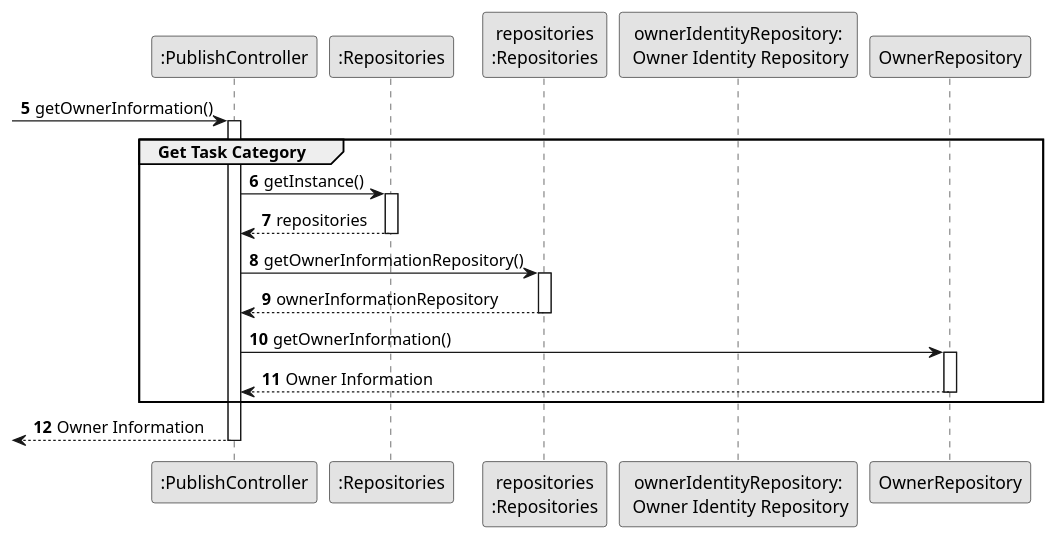
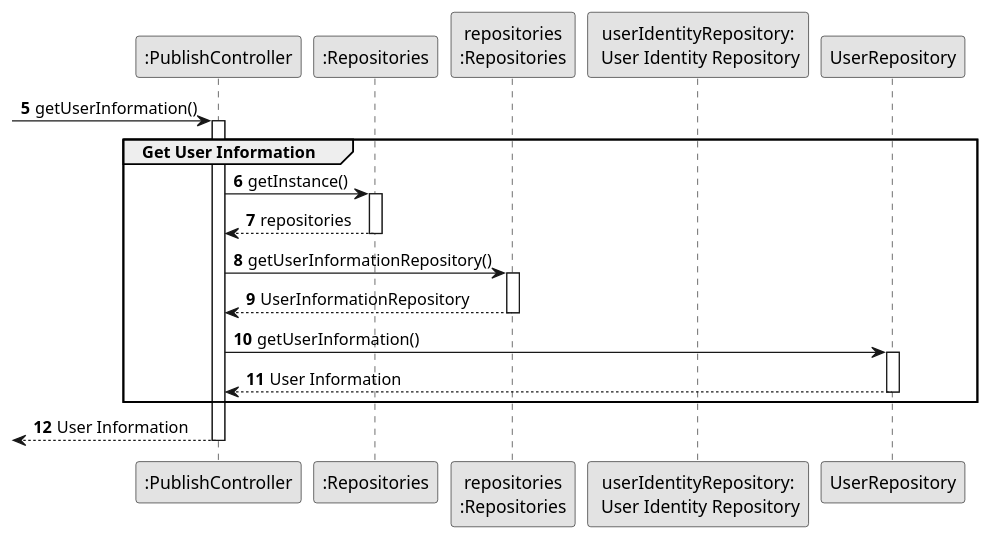
One commit to PureNimble/ISEP-LAPR2 changed the diagram in docs/sprintB/US02/03.design/puml/us02-sequence-diagram-partial-get-ownerInformation.puml. Above: the diagram before and after it, drawn with PlantUML. The commit also changed 13 other files, not shown here.

Commit message:
Partial sequence diagrams US002 (update with svg)

```diff
--- a/docs/sprintB/US02/03.design/puml/us02-sequence-diagram-partial-get-ownerInformation.puml
+++ b/docs/sprintB/US02/03.design/puml/us02-sequence-diagram-partial-get-ownerInformation.puml
@@ -1,47 +1,47 @@
 @startuml
 skinparam monochrome true
 skinparam packageStyle rectangle
 skinparam shadowing false
 
 
 
 'hide footbox
 
 participant ":PublishController" as CTRL
 participant ":Repositories" as Repository
 participant "repositories\n:Repositories" as Repository2
-participant "ownerIdentityRepository:\n Owner Identity Repository" as OwnerIdentity
+participant "userIdentityRepository:\n User Identity Repository" as UserIdentity
 
 
 autonumber 5
--> CTRL : getOwnerInformation()
+-> CTRL : getUserInformation()
 
     activate CTRL
-        group Get Task Category
+        group Get User Information
 
         CTRL -> Repository : getInstance()
         activate Repository
 
         Repository --> CTRL : repositories
         deactivate Repository
 
-        CTRL -> Repository2 : getOwnerInformationRepository()
+        CTRL -> Repository2 : getUserInformationRepository()
         activate Repository2
 
-        Repository2 --> CTRL : ownerInformationRepository
+        Repository2 --> CTRL : UserInformationRepository
         deactivate Repository2
 
-        CTRL -> OwnerRepository : getOwnerInformation()
+        CTRL -> UserRepository : getUserInformation()
 
-        activate OwnerRepository
+        activate UserRepository
 
-        OwnerRepository --> CTRL : Owner Information
+        UserRepository --> CTRL : User Information
 
-        deactivate OwnerRepository
+        deactivate UserRepository
 
 end
-<-- CTRL : Owner Information
+<-- CTRL : User Information
 deactivate CTRL
 
 
 @enduml
```
